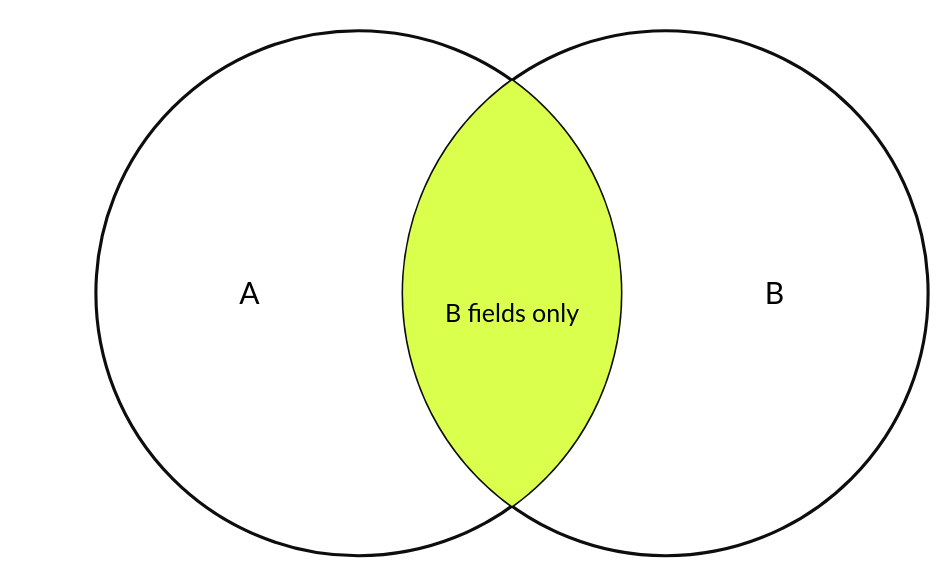
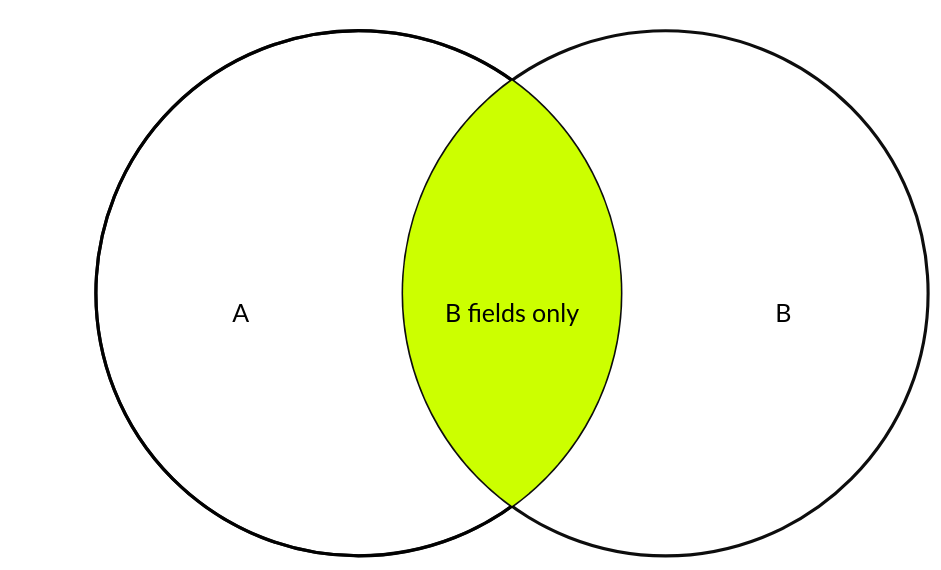
The eighth of 8 diagrams in src/main/resources/doc/guides/join_types.md (scyanth/plugin-join), drawn with Mermaid before and after one commit. The commit also changed other lines of this file, not shown here.

Commit message:
doc: fix colors of mermaid venn diagrams in join types guide

````diff
--- a/src/main/resources/doc/guides/join_types.md
+++ b/src/main/resources/doc/guides/join_types.md
@@ -140,11 +203,20 @@
 ```mermaid
 venn-beta
     set A:10
     set B:10
+        text labelB["B"]
+    set A2:10
+    union A,A2:10
+        text labelA["A"]
     union A,B:3
+    union A2,B:3
+    union A,A2,B:3
         text rightSemiFields["B fields only"]
-    style A fill:#ffffff,fill-opacity:0,stroke:#000000,color:#000000
-    style B fill:#ffffff,fill-opacity:0,stroke:#000000,color:#000000
-    style A,B fill:#dbff4d
+    style A fill:#ffffff,fill-opacity:1,stroke:#000000,color:transparent
+    style B fill:#ffffff,fill-opacity:1,stroke:#000000,color:transparent
+    style A2 fill:#ffffff,fill-opacity:0,stroke:#000000,color:transparent
+    style A,A2,B fill:#ccff00
+    style labelA color:#000000
+    style labelB color:#000000
     style rightSemiFields color:#000000
 ```
````
